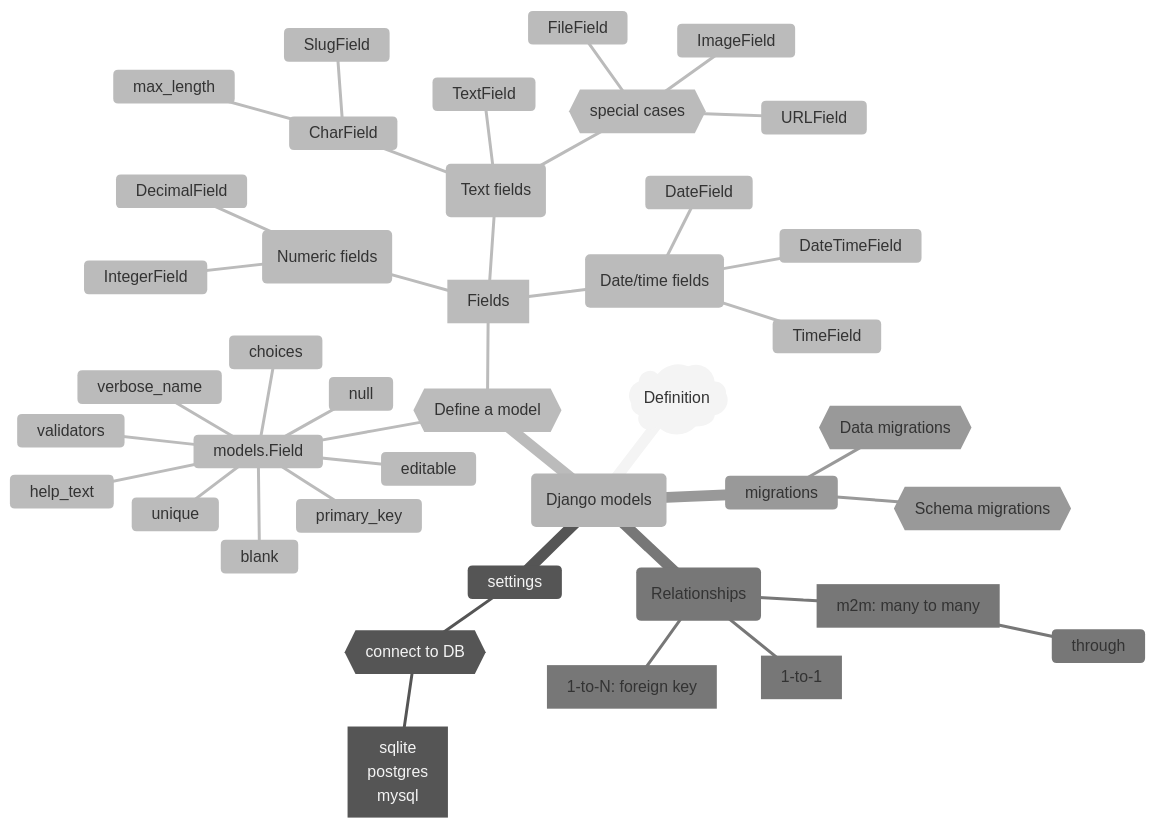
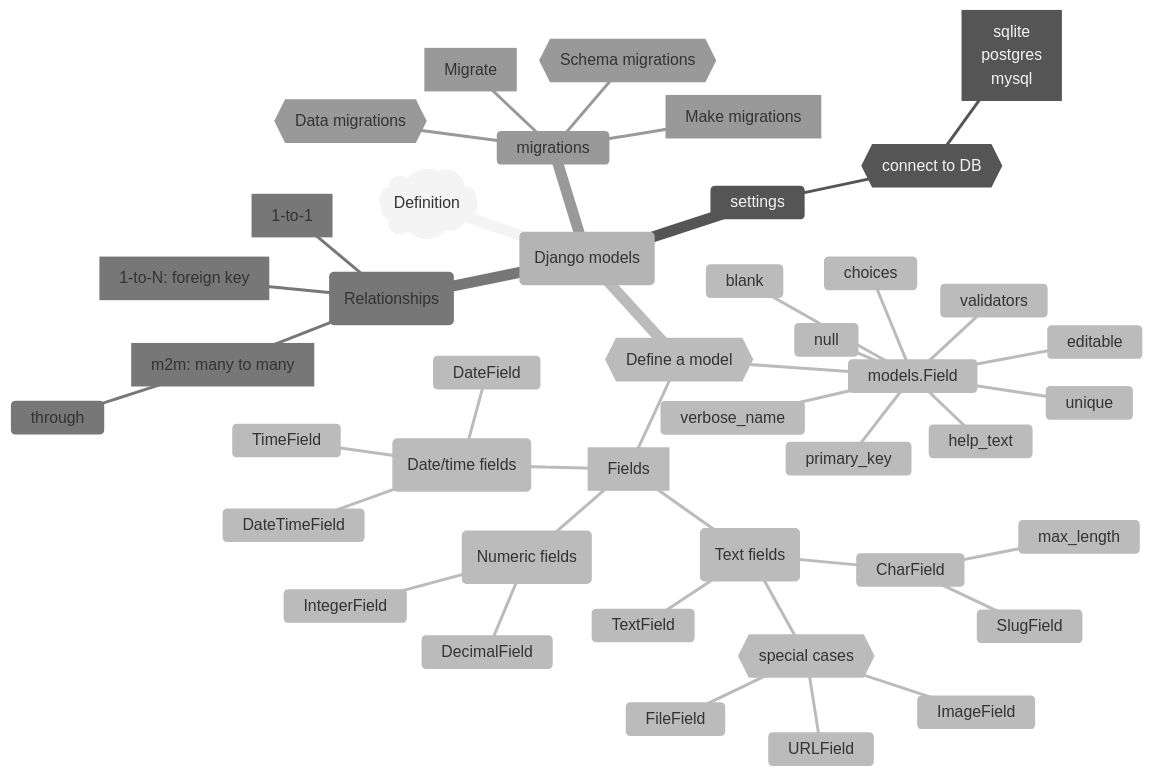
One commit to edu-python-course/edu-python-course.github.io changed the diagram in mindmaps/django-models.mmd. Above: the diagram before and after it, drawn with Mermaid (neutral theme).

Commit message:
Update Django models mindmap (GH-90, GH-225)

```diff
--- a/mindmaps/django-models.mmd
+++ b/mindmaps/django-models.mmd
@@ -1,49 +1,51 @@
 ---
 Django models
 ---
 
 mindmap
     root(Django models)
         ::)Definition(
         settings
         ::icon(fas fa-gear)
             ::{{connect to DB}}
                 dbs[sqlite<br>postgres<br>mysql]
                 ::icon(fas fa-database)
         ::{{Define a model}}
             models.Field
                 null
                 blank
                 choices
                 editable
                 help_text
                 primary_key
                 unique
                 verbose_name
                 validators
             fields[Fields]
                 txt(Text fields)
                     CharField
                         max_length
                         SlugField
                     TextField
                     ::{{special cases}}
                         FileField
                         ImageField
                         URLField
                 num(Numeric fields)
                     IntegerField
                     DecimalField
                 datetime(Date/time fields)
                     DateField
                     TimeField
                     DateTimeField
         rel(Relationships)
             ::[1-to-1]
             ::[1-to-N: foreign key]
             ::[m2m: many to many]
                 through
                 ::icon(fas fa-table)
         migrations
+            makemigrations[Make migrations]
+            migrate[Migrate]
             ::{{Schema migrations}}
             ::{{Data migrations}}
```
